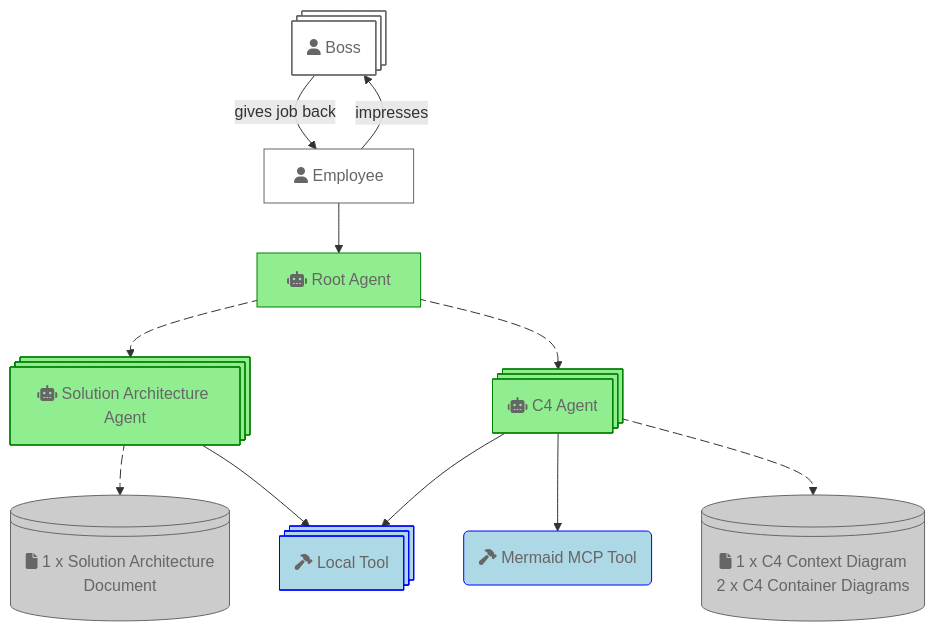
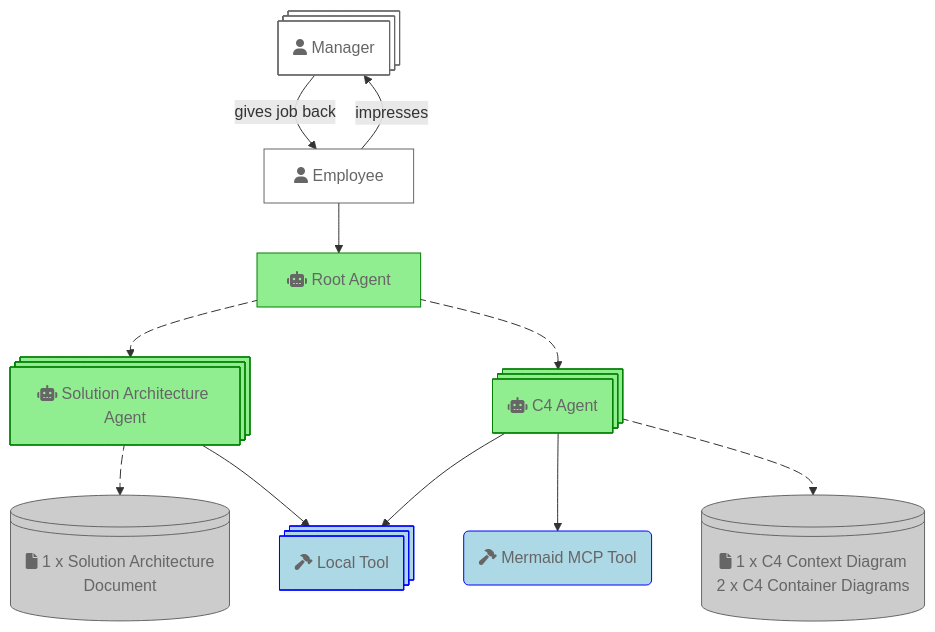
The diagram in README.md (choonchernlim/keep-my-job-app), drawn with Mermaid before and after one commit.

Commit message:
Update architecture diagram in README.md to enhance clarity and detail

````diff
--- a/README.md
+++ b/README.md
@@ -20,33 +20,33 @@
 ```mermaid
 flowchart TD
-    B:::userClass@{ shape: processes, label: "fa:fa-user Boss" }
+    B:::userClass@{ shape: processes, label: "fa:fa-user Manager" }
     U["fa:fa-user Employee"]:::userClass
     AR["fa:fa-robot Root Agent"]:::agentClass
     AS:::agentClass@{ shape: processes, label: "fa:fa-robot Solution Architecture Agent" }
     AC:::agentClass@{ shape: processes, label: "fa:fa-robot C4 Agent" }
     DM:::artifactClass@{ shape: lin-cyl, label: "fa:fa-file 1 x Solution Architecture\nDocument" }
     DD:::artifactClass@{ shape: lin-cyl, label: "fa:fa-file 1 x C4 Context Diagram \n 2 x C4 Container Diagrams" }
     TL:::toolClass@{ shape: processes, label: "fa:fa-hammer Local Tool" }
     TM("fa:fa-hammer Mermaid MCP Tool"):::toolClass
 
     U--impresses-->B
     B--gives job back-->U
     U-->AR
     AR e1@--> AS
     AR e2@--> AC
     AS e3@--> DM
     AS --> TL
     AC --> TL
     AC --> TM
     AC e4@--> DD
     
     e1@{ animate: true }
     e2@{ animate: true }
     e3@{ animate: true }
     e4@{ animate: true }
 
     classDef userClass fill:#FFFFFF,stroke:#666666,color:#666666
     classDef toolClass fill:lightblue,stroke:blue,color:#666666
     classDef agentClass fill:lightgreen,stroke:green,color:#666666
     classDef artifactClass fill:#CCCCCC,stroke:#666666,color:#666666
 ```
````
